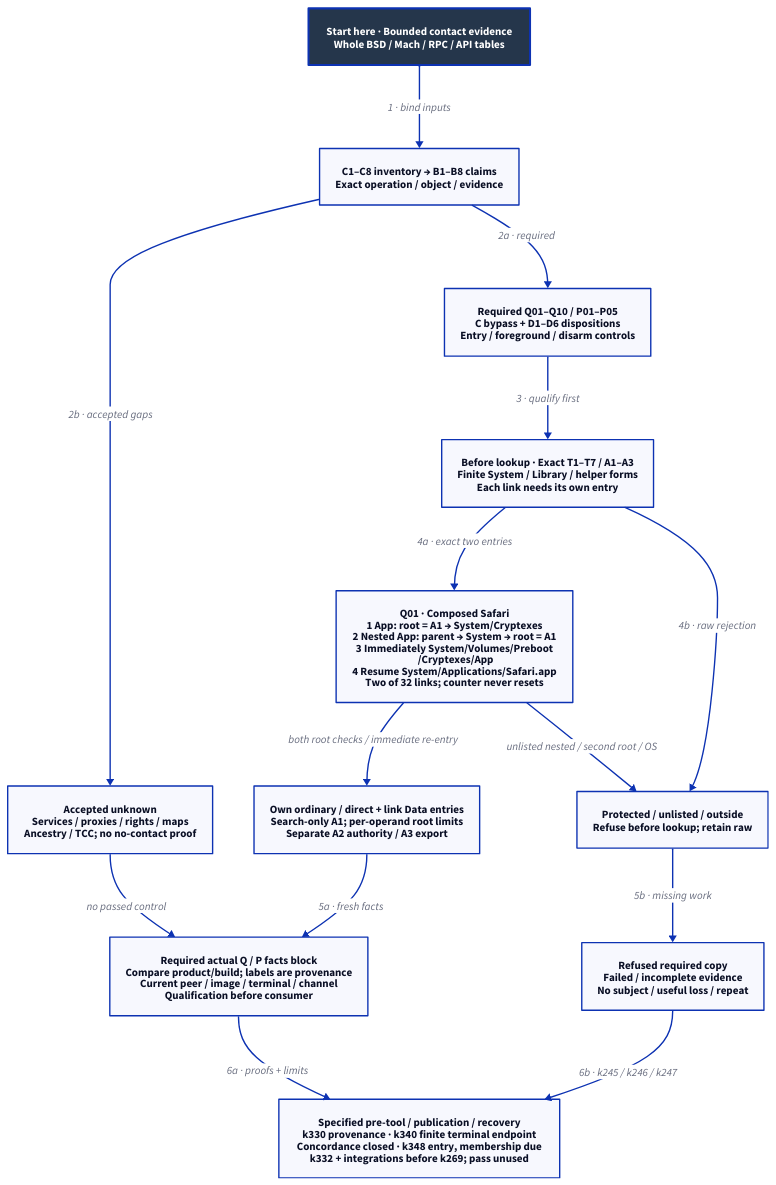
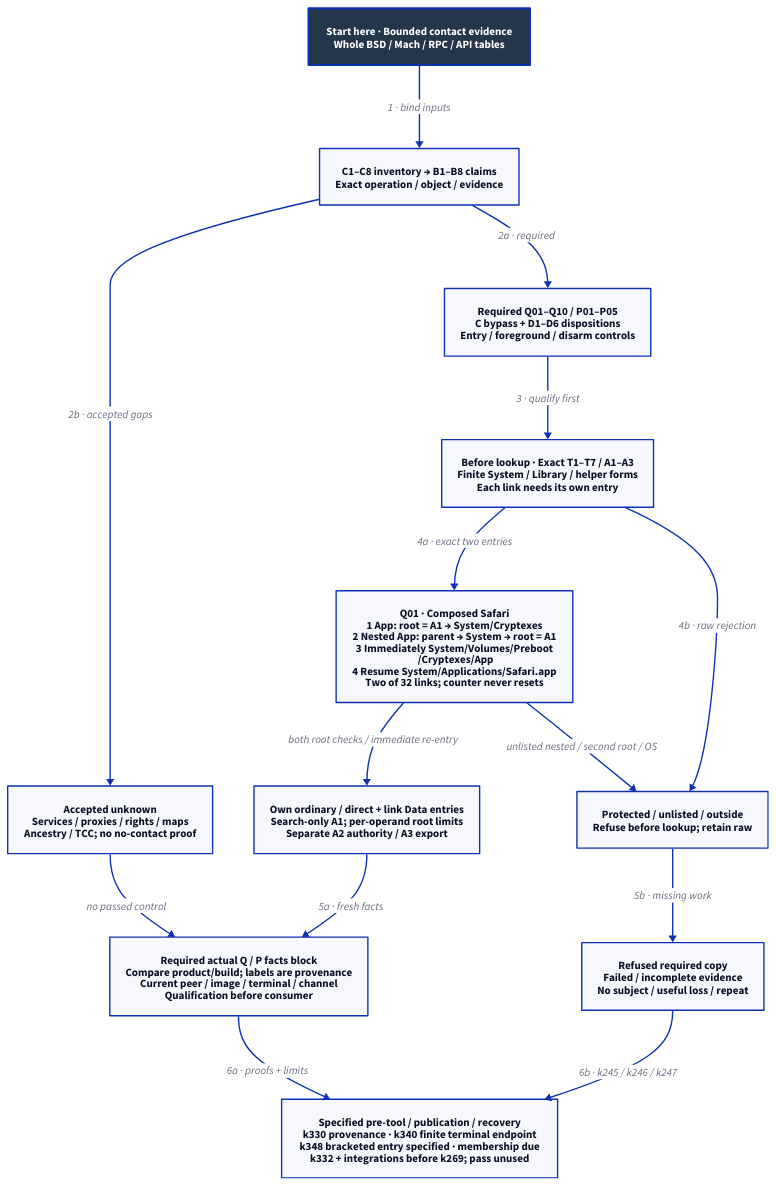
One commit to Linkuistics/Koine changed the diagram in docs/design/architecture/native-reference-contact.d2. Above: the diagram before and after it, drawn with D2. The commit also changed 33 other files, not shown here.

Commit message:
Specify bracketed inter-checkpoint publication entry under Antony's answer (reference-evidence-intercheckpoint-publication-entry-k348)

```diff
--- a/docs/design/architecture/native-reference-contact.d2
+++ b/docs/design/architecture/native-reference-contact.d2
@@ -1,29 +1,29 @@
-# Specified k331 mechanisms; k348 entry, k344 membership and k332 review precede use.
+# Specified k331 mechanisms and k348 bracketed entry; k344 membership and k332 review precede use.
 direction: down
 classes: {
   start: {style: {fill: "#25364B"; font-color: "#FFFFFF"; bold: true; stroke-width: 3}}
 }
 Start: "Start here · Bounded contact evidence\nWhole BSD / Mach / RPC / API tables" {class: start}
 Claims: "C1–C8 inventory → B1–B8 claims\nExact operation / object / evidence"
 Controls: "Required Q01–Q10 / P01–P05\nC bypass + D1–D6 dispositions\nEntry / foreground / disarm controls"
 Unknown: "Accepted unknown\nServices / proxies / rights / maps\nAncestry / TCC; no no-contact proof"
 Policy: "Before lookup · Exact T1–T7 / A1–A3\nFinite System / Library / helper forms\nEach link needs its own entry"
 Safari: "Q01 · Composed Safari\n1 App: root = A1 → System/Cryptexes\n2 Nested App: parent → System → root = A1\n3 Immediately System/Volumes/Preboot\n  /Cryptexes/App\n4 Resume System/Applications/Safari.app\nTwo of 32 links; counter never resets"
 Allowed: "Own ordinary / direct + link Data entries\nSearch-only A1; per-operand root limits\nSeparate A2 authority / A3 export"
 Refuse: "Protected / unlisted / outside\nRefuse before lookup; retain raw"
 Gate: "Required actual Q / P facts block\nCompare product/build; labels are provenance\nCurrent peer / image / terminal / channel\nQualification before consumer"
 Failed: "Refused required copy\nFailed / incomplete evidence\nNo subject / useful loss / repeat"
-Whole: "Specified pre-tool / publication / recovery\nk330 provenance · k340 finite terminal endpoint\nConcordance closed · k348 entry, membership due\nk332 + integrations before k269; pass unused"
+Whole: "Specified pre-tool / publication / recovery\nk330 provenance · k340 finite terminal endpoint\nk348 bracketed entry specified · membership due\nk332 + integrations before k269; pass unused"
 Start -> Claims: "1 · bind inputs"
 Claims -> Controls: "2a · required"
 Claims -> Unknown: "2b · accepted gaps"
 Controls -> Policy: "3 · qualify first"
 Unknown -> Gate: "no passed control"
 Policy -> Safari: "4a · exact two entries"
 Safari -> Allowed: "both root checks / immediate re-entry"
 Safari -> Refuse: "unlisted nested / second root / OS"
 Policy -> Refuse: "4b · raw rejection"
 Allowed -> Gate: "5a · fresh facts"
 Refuse -> Failed: "5b · missing work"
 Gate -> Whole: "6a · proofs + limits"
 Failed -> Whole: "6b · k245 / k246 / k247"
```
